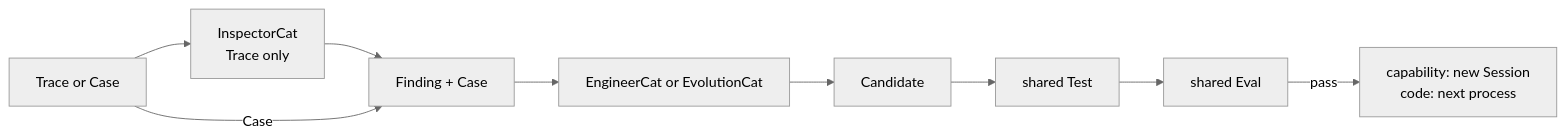
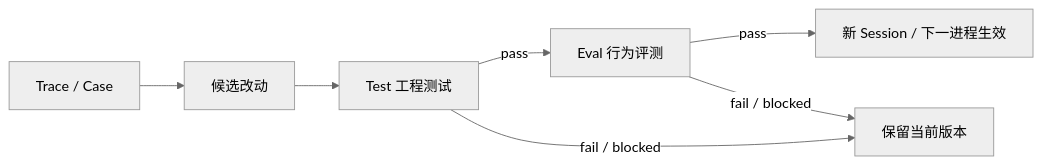
The diagram in data/readmes/fightheyyy__XIAOBA.md (zqf20096327/ai_collect), drawn with Mermaid (neutral theme) before and after one commit. The commit also changed other lines of this file and 1899 other files, not shown here.

````diff
--- a/data/readmes/fightheyyy__XIAOBA.md
+++ b/data/readmes/fightheyyy__XIAOBA.md
@@ -170,11 +75,9 @@
 ```mermaid
 flowchart LR
-    Input["Trace or Case"] --> Inspector["InspectorCat<br/>Trace only"]
-    Inspector --> Pair["Finding + Case"]
-    Input -->|Case| Pair
-    Pair --> Owner["EngineerCat or EvolutionCat"]
-    Owner --> Candidate["Candidate"]
-    Candidate --> Test["shared Test"]
-    Test --> Eval["shared Eval"]
-    Eval -->|pass| Activate["capability: new Session<br/>code: next process"]
+    Input["Trace / Case"] --> Candidate["候选改动"]
+    Candidate --> Test["Test 工程测试"]
+    Test -->|pass| Eval["Eval 行为评测"]
+    Eval -->|pass| Activate["新 Session / 下一进程生效"]
+    Test -->|fail / blocked| Keep["保留当前版本"]
+    Eval -->|fail / blocked| Keep
 ```
````
